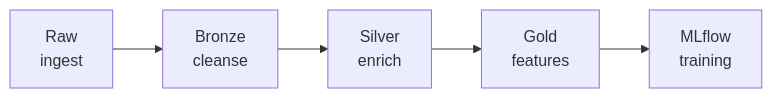
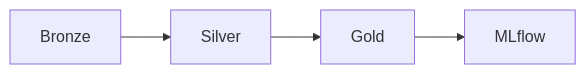
Before and after one commit to LeonDavidZipp/data-and-ml-pipeline-templates: the diagram in README.md, drawn with Mermaid. The commit also changed other lines of this file, not shown here.

````diff
--- a/README.md
+++ b/README.md
@@ -11,7 +11,6 @@
 ```mermaid
 graph LR
-    Raw["Raw\ningest"] --> Bronze["Bronze\ncleanse"]
-    Bronze --> Silver["Silver\nenrich"]
-    Silver --> Gold["Gold\nfeatures"]
-    Gold --> MLflow["MLflow\ntraining"]
+    Bronze["Bronze"] --> Silver["Silver"]
+    Silver --> Gold["Gold"]
+    Gold --> MLflow["MLflow"]
 ```
````
